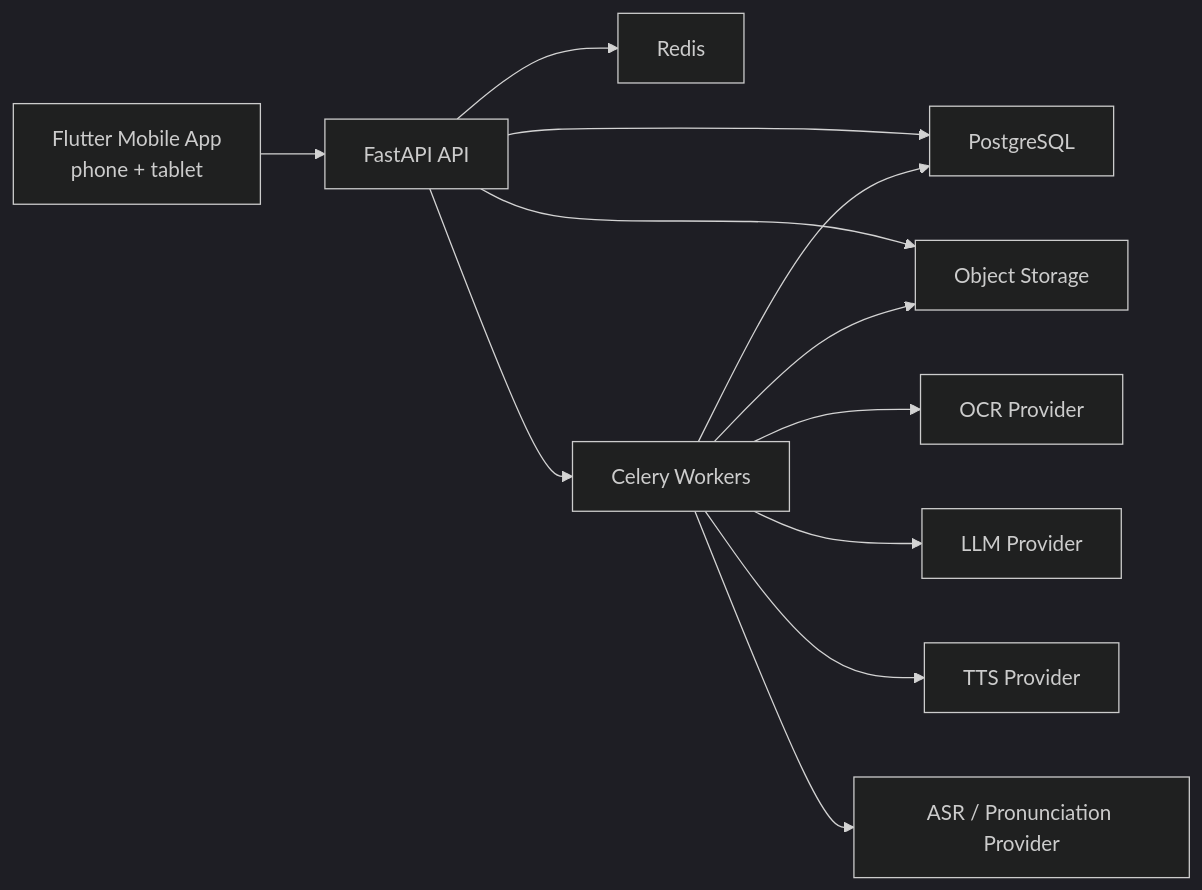
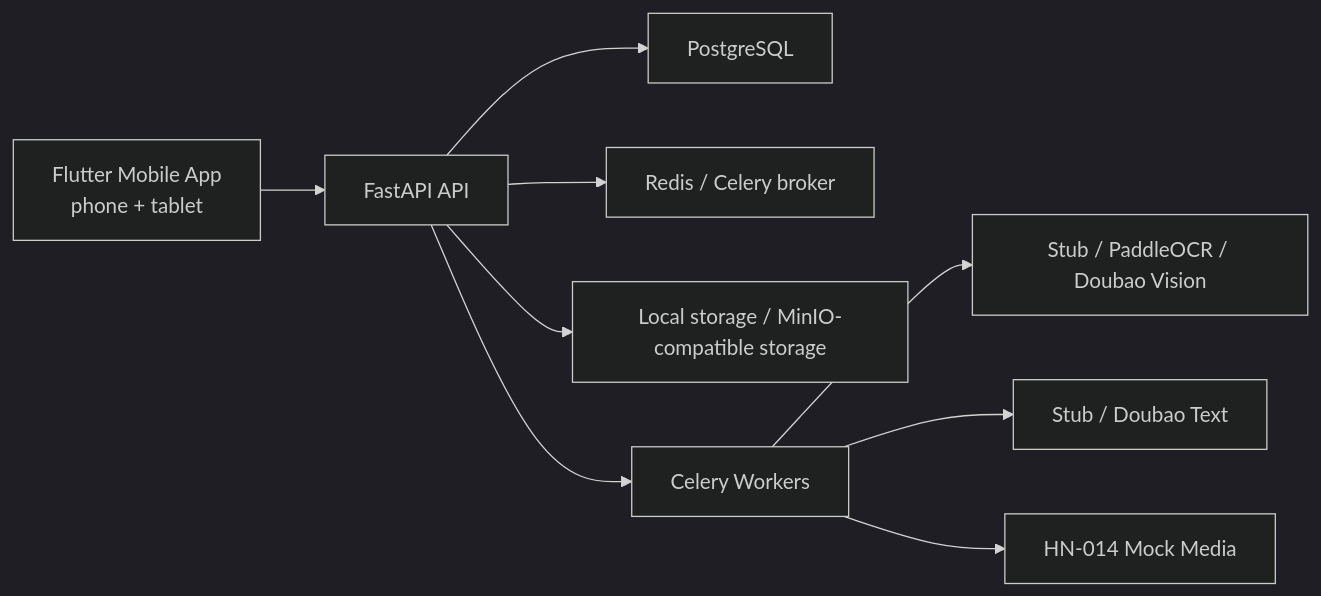
The first of 2 diagrams in docs/architecture/overview.md (anbulang/LearningEnglish), drawn with Mermaid (dark theme) before and after one commit. The commit also changed other lines of this file and 30 other files, not shown here.

````diff
--- a/docs/architecture/overview.md
+++ b/docs/architecture/overview.md
@@ -7,14 +9,11 @@
 ```mermaid
 flowchart LR
     Mobile["Flutter Mobile App<br/>phone + tablet"] --> API["FastAPI API"]
     API --> Postgres["PostgreSQL"]
-    API --> Redis["Redis"]
-    API --> Storage["Object Storage"]
+    API --> Redis["Redis / Celery broker"]
+    API --> Storage["Local storage / MinIO-compatible storage"]
     API --> Workers["Celery Workers"]
-    Workers --> OCR["OCR Provider"]
-    Workers --> LLM["LLM Provider"]
-    Workers --> TTS["TTS Provider"]
-    Workers --> ASR["ASR / Pronunciation Provider"]
-    Workers --> Postgres
-    Workers --> Storage
+    Workers --> OCR["Stub / PaddleOCR / Doubao Vision"]
+    Workers --> LLM["Stub / Doubao Text"]
+    Workers --> Media["HN-014 Mock Media"]
 ```
````
